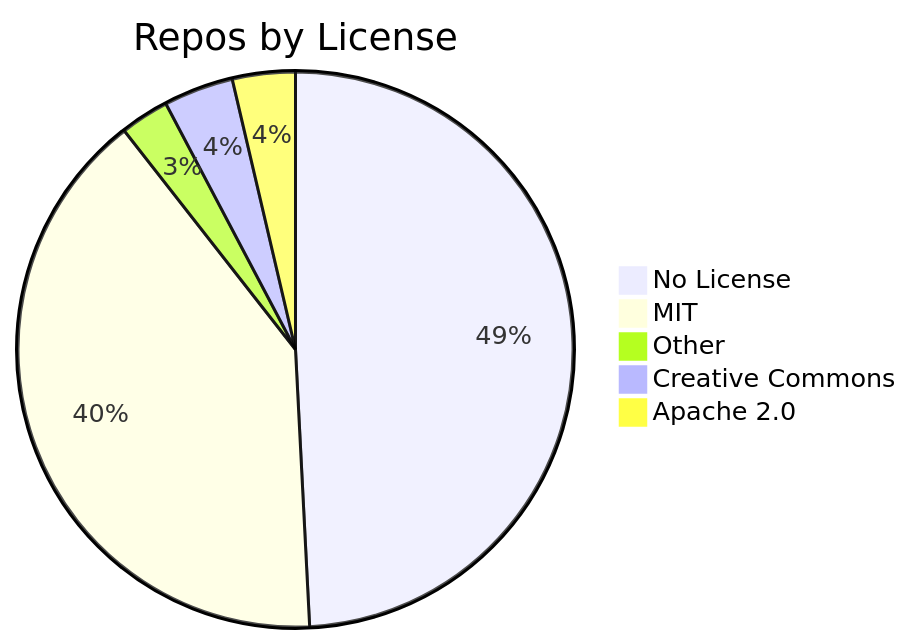
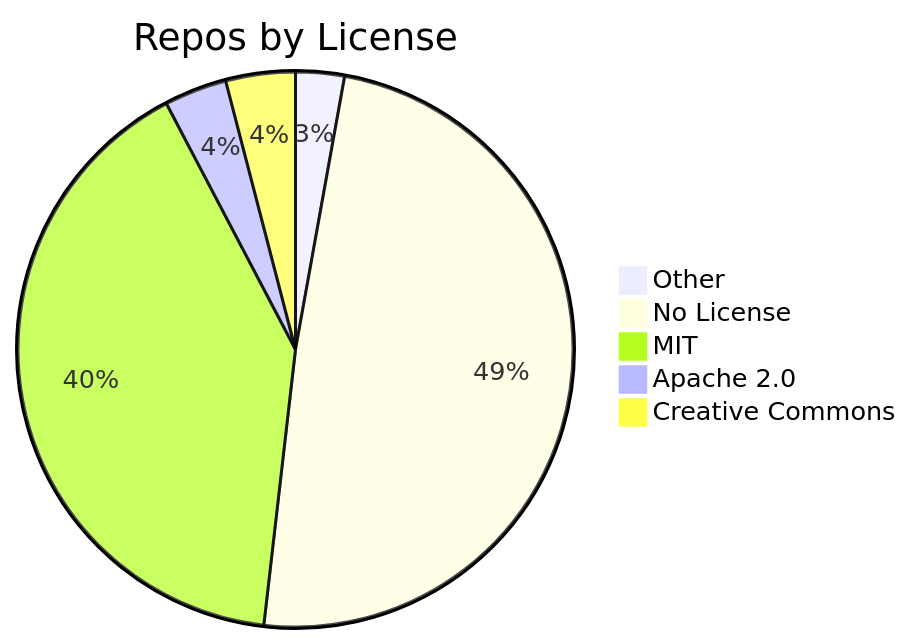
The diagram in README.md (jpatterson933/awesome-mcp-server-repo-index), drawn with Mermaid before and after one commit. The commit also changed other lines of this file and 3 other files, not shown here.

````diff
--- a/README.md
+++ b/README.md
@@ -29,8 +29,8 @@
 ```mermaid
 pie title Repos by License
+    "Other" : 7
     "No License" : 121
-    "MIT" : 99
-    "Other" : 7
+    "MIT" : 100
+    "Apache 2.0" : 9
     "Creative Commons" : 10
-    "Apache 2.0" : 9
 ```
````
